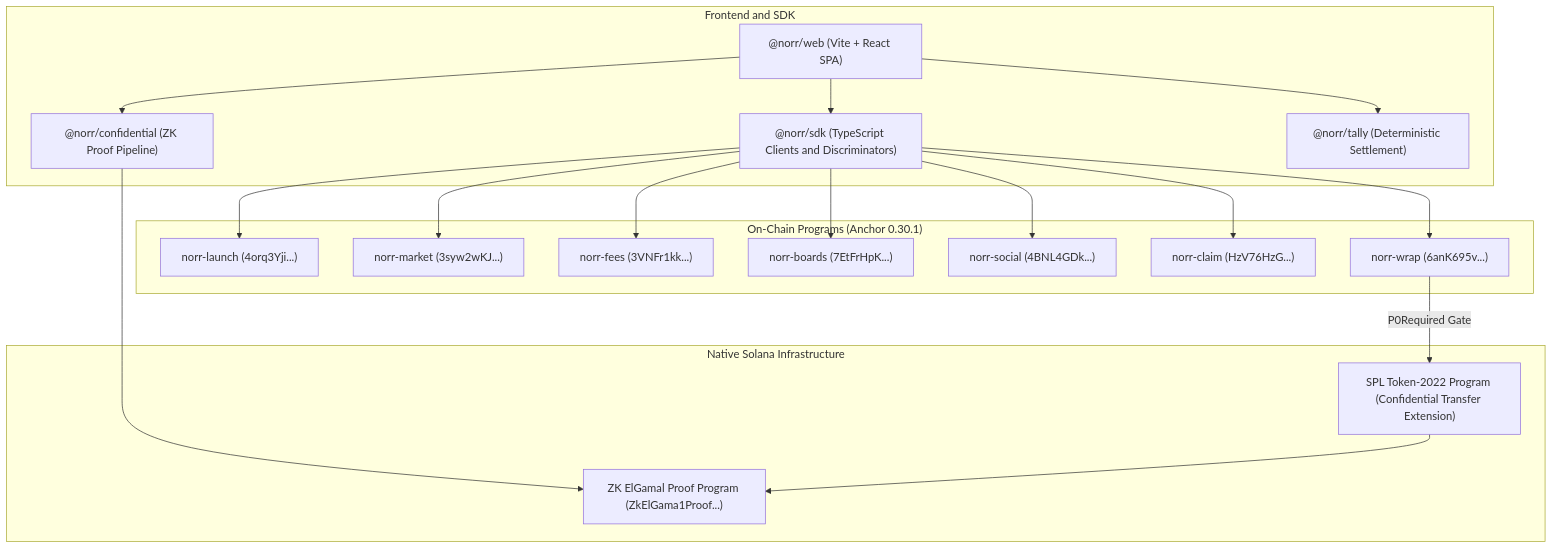
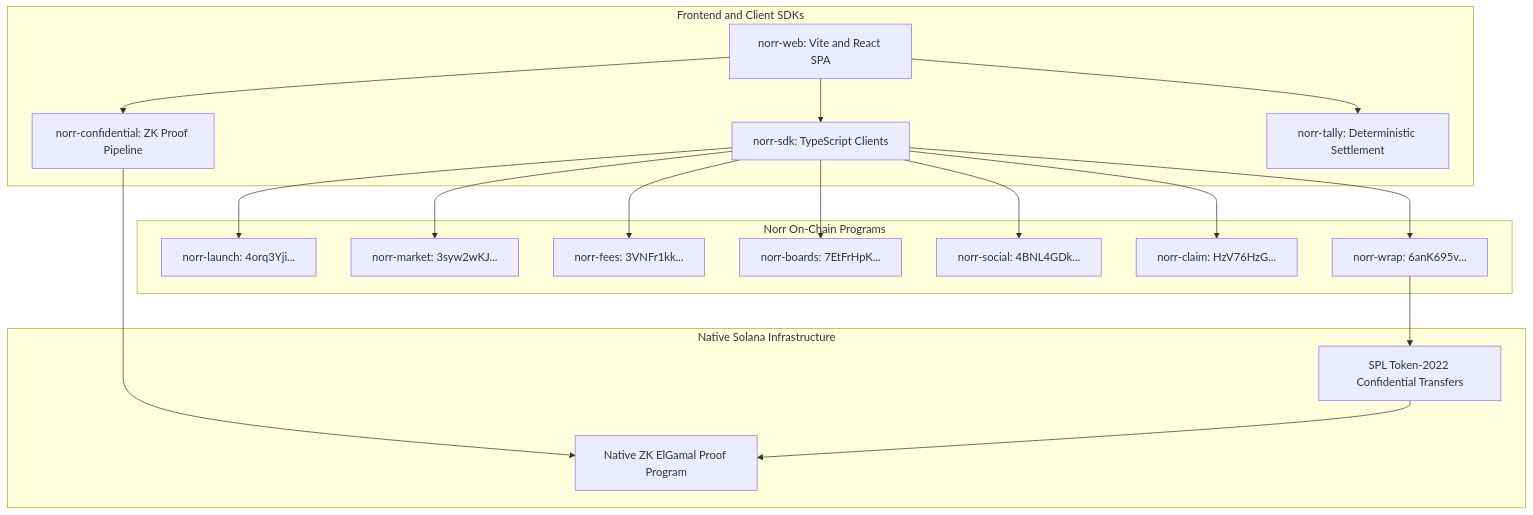
Before and after one commit to ShrikarT/norr: the diagram in docs/architecture.md, drawn with Mermaid. The commit also changed 1 other file, not shown here.

Commit message:
fix(docs): standardize Mermaid diagrams to standard graph syntax for instant GitHub rendering

````diff
--- a/docs/architecture.md
+++ b/docs/architecture.md
@@ -9,40 +9,40 @@
 ```mermaid
-flowchart TB
-    subgraph CLIENT["Frontend and SDK"]
-        WEB["@norr/web (Vite + React SPA)"]
-        SDK["@norr/sdk (TypeScript Clients and Discriminators)"]
-        CONF["@norr/confidential (ZK Proof Pipeline)"]
-        TALLY["@norr/tally (Deterministic Settlement)"]
+graph TB
+    subgraph Client [Frontend and Client SDKs]
+        WEB[norr-web: Vite and React SPA]
+        SDK[norr-sdk: TypeScript Clients]
+        CONF[norr-confidential: ZK Proof Pipeline]
+        TALLY[norr-tally: Deterministic Settlement]
     end
 
-    subgraph ONCHAIN["On-Chain Programs (Anchor 0.30.1)"]
-        LAUNCH["norr-launch (4orq3Yji...)"]
-        MARKET["norr-market (3syw2wKJ...)"]
-        FEES["norr-fees (3VNFr1kk...)"]
-        BOARDS["norr-boards (7EtFrHpK...)"]
-        SOCIAL["norr-social (4BNL4GDk...)"]
-        CLAIM["norr-claim (HzV76HzG...)"]
-        WRAP["norr-wrap (6anK695v...)"]
+    subgraph OnChain [Norr On-Chain Programs]
+        LAUNCH[norr-launch: 4orq3Yji...]
+        MARKET[norr-market: 3syw2wKJ...]
+        FEES[norr-fees: 3VNFr1kk...]
+        BOARDS[norr-boards: 7EtFrHpK...]
+        SOCIAL[norr-social: 4BNL4GDk...]
+        CLAIM[norr-claim: HzV76HzG...]
+        WRAP[norr-wrap: 6anK695v...]
     end
 
-    subgraph SOLANA["Native Solana Infrastructure"]
-        T22["SPL Token-2022 Program (Confidential Transfer Extension)"]
-        ZK["ZK ElGamal Proof Program (ZkElGama1Proof...)"]
+    subgraph Solana [Native Solana Infrastructure]
+        T22[SPL Token-2022 Confidential Transfers]
+        ZK[Native ZK ElGamal Proof Program]
     end
 
     WEB --> SDK
     WEB --> CONF
     WEB --> TALLY
 
     SDK --> LAUNCH
     SDK --> MARKET
     SDK --> FEES
     SDK --> BOARDS
     SDK --> SOCIAL
     SDK --> CLAIM
     SDK --> WRAP
 
     CONF --> ZK
-    WRAP -->|"P0Required Gate"| T22
+    WRAP --> T22
     T22 --> ZK
 ```
````
